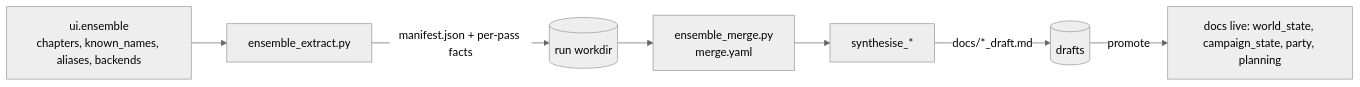
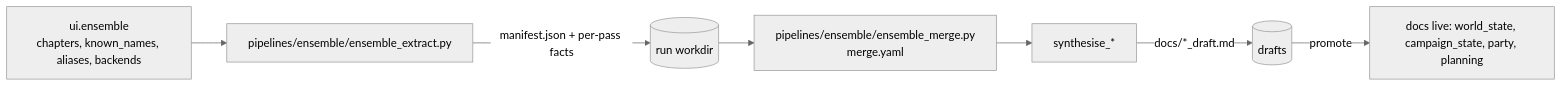
The first of 2 diagrams in docs/config/subsystems.md (kostadis/CampaignGenerator), drawn with Mermaid (neutral theme) before and after one commit. The commit also changed other lines of this file and 27 other files, not shown here.

````diff
--- a/docs/config/subsystems.md
+++ b/docs/config/subsystems.md
@@ -12,9 +12,9 @@
 ```mermaid
 flowchart LR
-  UIE["ui.ensemble<br/>chapters, known_names, aliases, backends"] --> EX[ensemble_extract.py]
+  UIE["ui.ensemble<br/>chapters, known_names, aliases, backends"] --> EX[pipelines/ensemble/ensemble_extract.py]
   EX -->|manifest.json + per-pass facts| WD[(run workdir)]
-  WD --> MG["ensemble_merge.py<br/>merge.yaml"]
+  WD --> MG["pipelines/ensemble/ensemble_merge.py<br/>merge.yaml"]
   MG --> SY[synthesise_*]
   SY -->|docs/*_draft.md| DR[(drafts)]
   DR -->|promote| LIVE["docs live: world_state, campaign_state, party, planning"]
 ```
````
